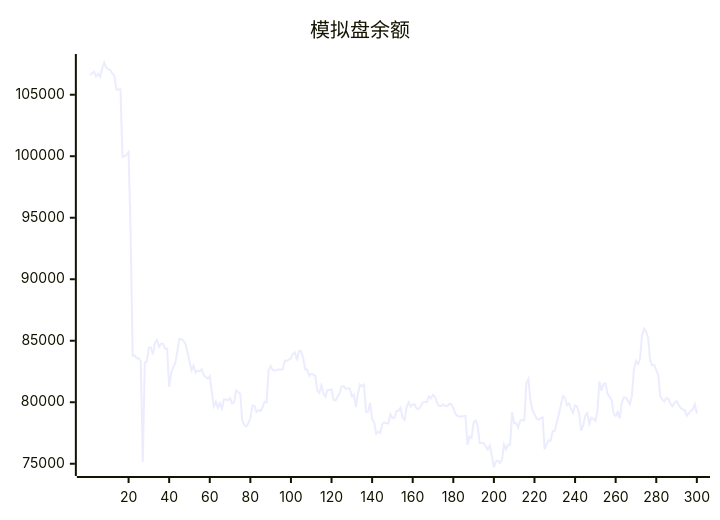
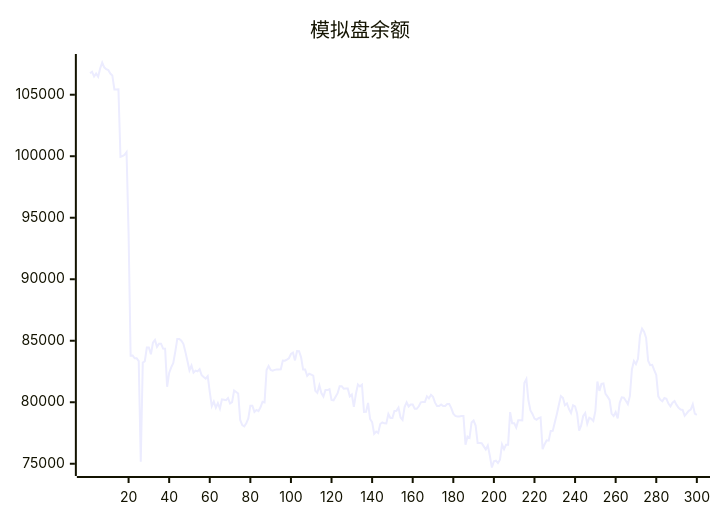
One commit to aahl/ai-trading changed the diagram in README.md. Above: the diagram before and after it, drawn with Mermaid. The commit also changed other lines of this file and 1 other file, not shown here.

````diff
--- a/README.md
+++ b/README.md
@@ -5,5 +5,5 @@
 ```mermaid
 xychart
     title "模拟盘余额"
-    line [106608,106748,106872,106485,106721,106468,107132,107620,107224,107080,107001,106717,106567,105431,105431,105440,99950,100017,100113,100337,93749,83795,83807,83567,83567,83342,75168,83222,83336,84448,84449,83896,84839,85065,84499,84757,84757,84364,84347,81254,82385,82835,83184,84099,85150,85150,85002,84751,84096,83356,82582,82983,82404,82572,82512,82688,82200,82047,81920,82125,80840,79688,80060,79552,79920,79470,80236,80208,80170,80336,79894,80006,80954,80837,80712,78561,78139,78037,78293,78682,79720,79720,79214,79372,79279,79591,80046,79993,82625,82950,82626,82571,82633,82670,82670,82681,83386,83378,83464,83579,83920,84037,83402,84160,84142,83652,82655,82655,82145,82315,82243,82163,80934,80770,81371,80742,80468,80989,80989,81067,80191,80155,80450,80737,81309,81309,81106,81119,81119,80471,80631,79624,80670,81448,81290,81429,79212,79222,79940,78643,78380,77432,77623,77504,78235,78358,78284,78277,79048,78714,78714,79290,79308,79567,78763,78563,79603,79988,79652,79813,79813,79476,79469,79673,79995,80015,80015,80486,80314,80600,80436,79966,79689,79689,79819,79692,79692,79850,79850,79518,79071,78889,78850,78850,78878,78878,76554,77202,77103,78357,78510,78106,76678,76677,76672,76411,76159,76485,75656,74695,75197,75246,75052,75334,76564,76179,76553,76551,79196,78300,78300,77944,78531,78531,78521,81564,81884,80160,79335,79055,78675,78580,78708,78764,76179,76586,76902,76876,77658,77669,78346,79023,79769,80497,80366,79761,79896,79448,79126,79749,79658,79097,77695,78114,78888,79126,78249,78738,78653,78478,79271,81680,80923,81488,81527,80681,80455,80190,79084,78879,79193,78686,79954,80403,80374,80118,79848,80491,82665,83351,83098,83525,85430,85983,85737,85221,83378,83014,83043,82613,82216,80477,80208,80081,80348,80277,79894,79670,79965,80093,79786,79542,79406,79371,78893,79087,79304,79406,79841,79072]
+    line [106748,106872,106485,106721,106468,107132,107620,107224,107080,107001,106717,106567,105431,105431,105440,99950,100017,100113,100337,93749,83795,83807,83567,83567,83342,75168,83222,83336,84448,84449,83896,84839,85065,84499,84757,84757,84364,84347,81254,82385,82835,83184,84099,85150,85150,85002,84751,84096,83356,82582,82983,82404,82572,82512,82688,82200,82047,81920,82125,80840,79688,80060,79552,79920,79470,80236,80208,80170,80336,79894,80006,80954,80837,80712,78561,78139,78037,78293,78682,79720,79720,79214,79372,79279,79591,80046,79993,82625,82950,82626,82571,82633,82670,82670,82681,83386,83378,83464,83579,83920,84037,83402,84160,84142,83652,82655,82655,82145,82315,82243,82163,80934,80770,81371,80742,80468,80989,80989,81067,80191,80155,80450,80737,81309,81309,81106,81119,81119,80471,80631,79624,80670,81448,81290,81429,79212,79222,79940,78643,78380,77432,77623,77504,78235,78358,78284,78277,79048,78714,78714,79290,79308,79567,78763,78563,79603,79988,79652,79813,79813,79476,79469,79673,79995,80015,80015,80486,80314,80600,80436,79966,79689,79689,79819,79692,79692,79850,79850,79518,79071,78889,78850,78850,78878,78878,76554,77202,77103,78357,78510,78106,76678,76677,76672,76411,76159,76485,75656,74695,75197,75246,75052,75334,76564,76179,76553,76551,79196,78300,78300,77944,78531,78531,78521,81564,81884,80160,79335,79055,78675,78580,78708,78764,76179,76586,76902,76876,77658,77669,78346,79023,79769,80497,80366,79761,79896,79448,79126,79749,79658,79097,77695,78114,78888,79126,78249,78738,78653,78478,79271,81680,80923,81488,81527,80681,80455,80190,79084,78879,79193,78686,79954,80403,80374,80118,79848,80491,82665,83351,83098,83525,85430,85983,85737,85221,83378,83014,83043,82613,82216,80477,80208,80081,80348,80277,79894,79670,79965,80093,79786,79542,79406,79371,78893,79087,79304,79406,79841,79072,78978]
 ```
````
